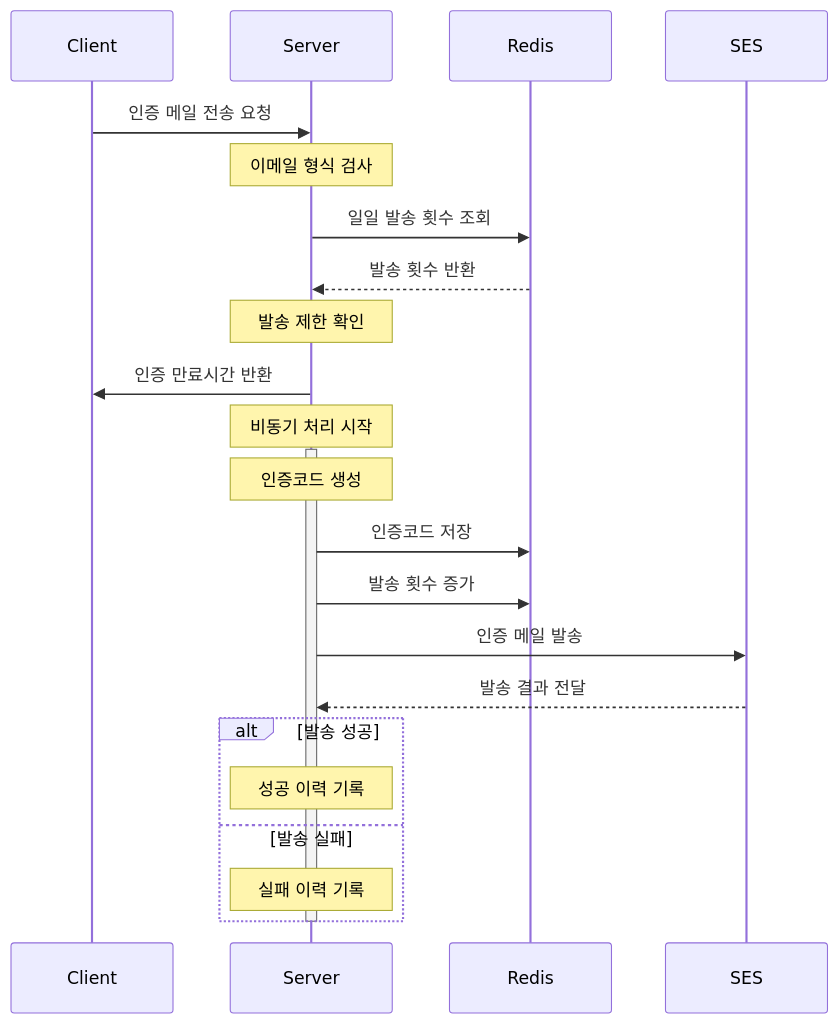
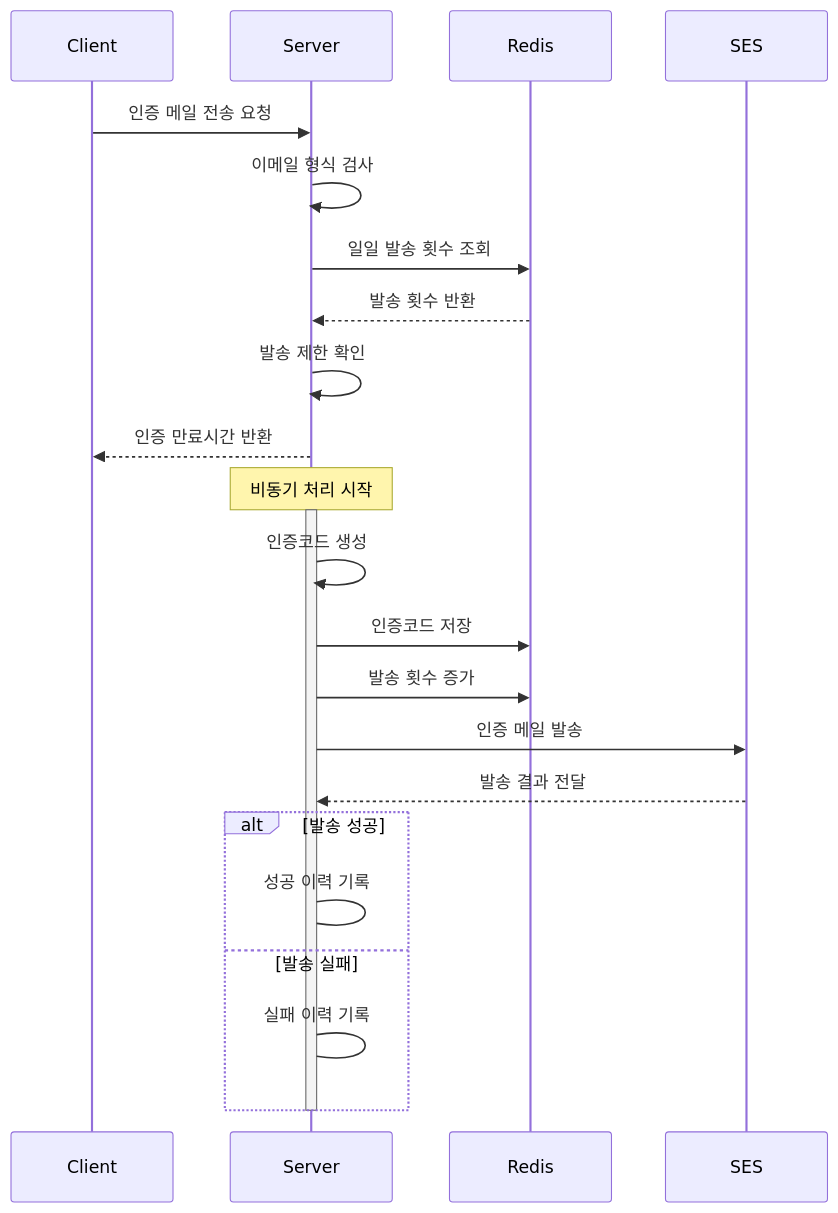
Before and after one commit to 23tae/23tae.github.io: the diagram in _posts/project/sidaeting5/2024-12-15-sidaeting5-email-async.md, drawn with Mermaid. The commit also changed 3 other files, not shown here.

Commit message:
update flow chart

````diff
--- a/_posts/project/sidaeting5/2024-12-15-sidaeting5-email-async.md
+++ b/_posts/project/sidaeting5/2024-12-15-sidaeting5-email-async.md
@@ -68,36 +68,36 @@
 ```mermaid
 sequenceDiagram
-    participant client as Client
-    participant server as Server
-    participant redis as Redis
+    participant C as Client
+    participant S as Server
+    participant R as Redis
     participant ses as SES
 
-    client->>server: 인증 메일 전송 요청
+    C->>S: 인증 메일 전송 요청
     
-    Note over server: 이메일 형식 검사
+    S->>S: 이메일 형식 검사
     
-    server->>redis: 일일 발송 횟수 조회
-    redis-->>server: 발송 횟수 반환
-    Note over server: 발송 제한 확인
+    S->>R: 일일 발송 횟수 조회
+    R-->>S: 발송 횟수 반환
+    S->>S: 발송 제한 확인
     
-    server->>client: 인증 만료시간 반환
+    S-->>C: 인증 만료시간 반환
     
-    Note over server: 비동기 처리 시작
+    Note over S: 비동기 처리 시작
     
-    activate server
-    Note over server: 인증코드 생성
+    activate S
+    S->>S: 인증코드 생성
     
-    server->>redis: 인증코드 저장
+    S->>R: 인증코드 저장
     
-    server->>redis: 발송 횟수 증가
+    S->>R: 발송 횟수 증가
     
-    server->>ses: 인증 메일 발송
-    ses-->>server: 발송 결과 전달
+    S->>ses: 인증 메일 발송
+    ses-->>S: 발송 결과 전달
     
     alt 발송 성공
-        Note over server: 성공 이력 기록
+        S->S: 성공 이력 기록
     else 발송 실패
-        Note over server: 실패 이력 기록
+        S->S: 실패 이력 기록
     end
-    deactivate server
+    deactivate S
 ```
````
